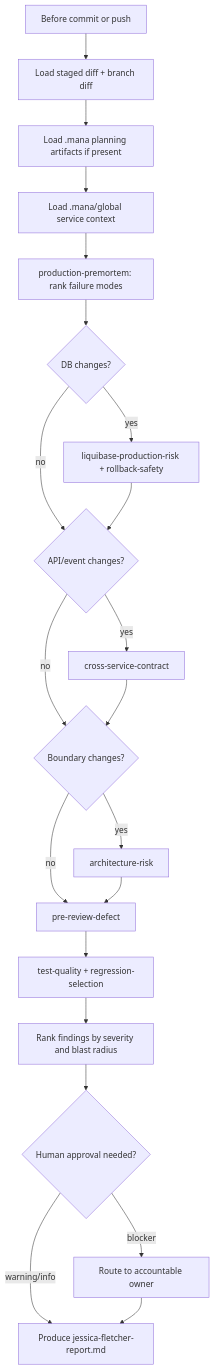
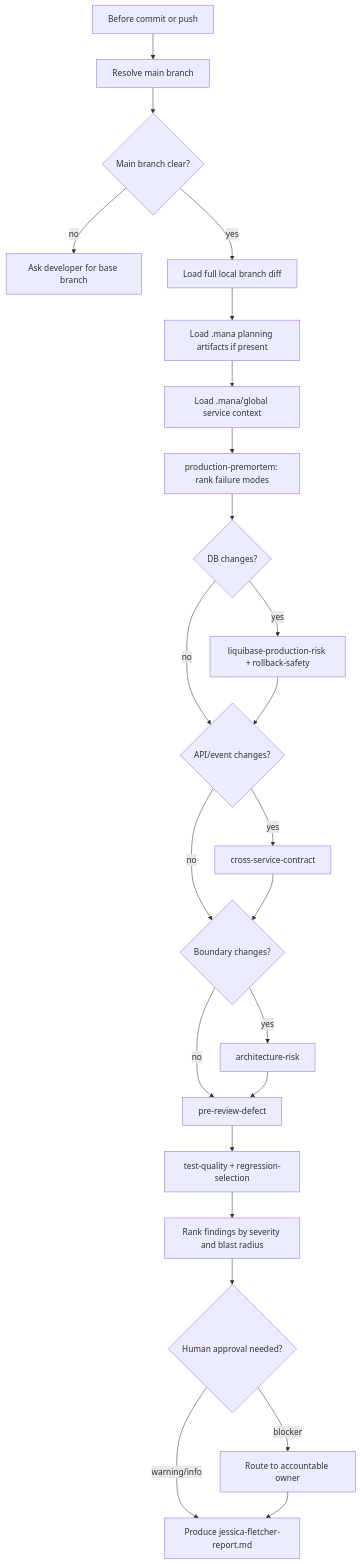
Before and after one commit to bruuuuuce/mana: the diagram in agents/tutorial-agent/examples/example-run.md, drawn with Mermaid. The commit also changed other lines of this file and 28 other files, not shown here.

First line of the commit message:
Add runner routing and branch diff safeguards

````diff
--- a/agents/tutorial-agent/examples/example-run.md
+++ b/agents/tutorial-agent/examples/example-run.md
@@ -55,23 +55,26 @@
 ```mermaid
 flowchart TD
-    Trigger[Before commit or push] --> Load[Load staged diff + branch diff]
+    Trigger[Before commit or push] --> Base[Resolve main branch]
+    Base --> Clear{Main branch clear?}
+    Clear -->|no| Ask[Ask developer for base branch]
+    Clear -->|yes| Load[Load full local branch diff]
     Load --> Context[Load .mana planning artifacts if present]
     Context --> SC[Load .mana/global service context]
     SC --> Pre[production-premortem: rank failure modes]
     Pre --> DB{DB changes?}
     DB -->|yes| Liq[liquibase-production-risk + rollback-safety]
     DB -->|no| API{API/event changes?}
     Liq --> API
     API -->|yes| Contract[cross-service-contract]
     API -->|no| Arch{Boundary changes?}
     Contract --> Arch
     Arch -->|yes| Risk[architecture-risk]
     Arch -->|no| Code[pre-review-defect]
     Risk --> Code
     Code --> Test[test-quality + regression-selection]
     Test --> Rank[Rank findings by severity and blast radius]
     Rank --> Gate{Human approval needed?}
     Gate -->|blocker| Owner[Route to accountable owner]
     Gate -->|warning/info| Report[Produce jessica-fletcher-report.md]
     Owner --> Report
 ```
````
